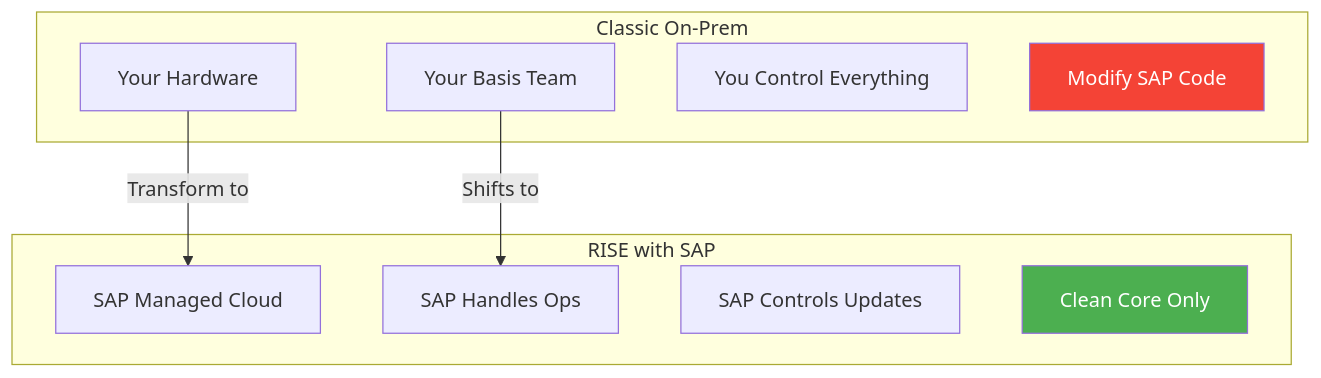
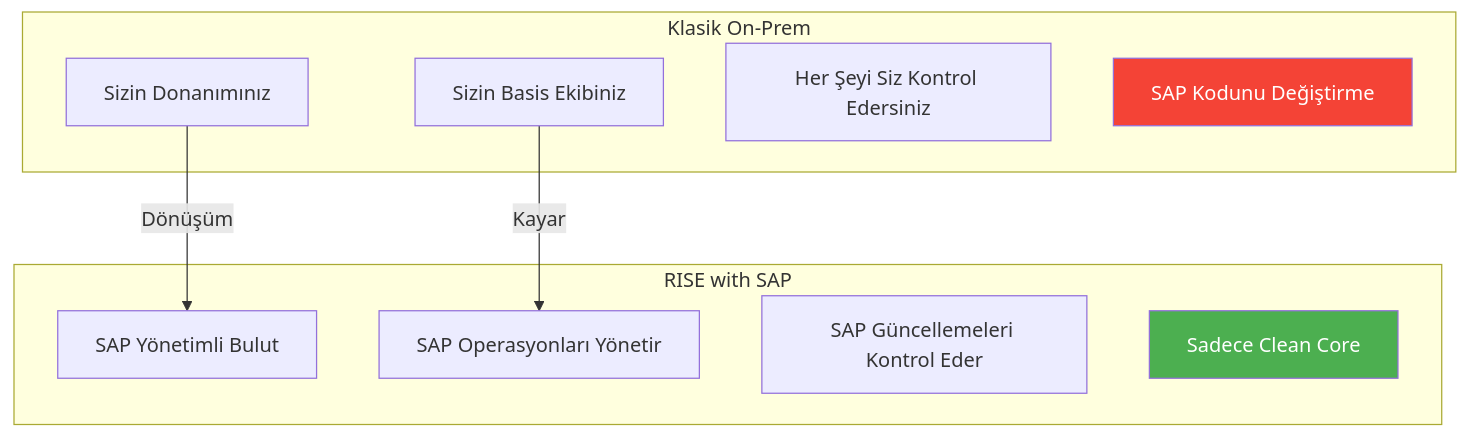
One commit to beyhanmeyrali/sap-all changed the fourth of 5 diagrams in Technical Tutorials/BTP/TR/chapters/appendix-a-reference-tables.md. Above: the diagram before and after it, drawn with Mermaid. The commit also changed other lines of this file and 11 other files, not shown here.

````diff
--- a/Technical Tutorials/BTP/TR/chapters/appendix-a-reference-tables.md
+++ b/Technical Tutorials/BTP/TR/chapters/appendix-a-reference-tables.md
@@ -153,22 +153,22 @@
 ```mermaid
 graph TD
-    subgraph "Classic On-Prem"
-        C1[Your Hardware]
-        C2[Your Basis Team]
-        C3[You Control Everything]
-        C4[Modify SAP Code]
+    subgraph "Klasik On-Prem"
+        C1[Sizin Donanımınız]
+        C2[Sizin Basis Ekibiniz]
+        C3[Her Şeyi Siz Kontrol Edersiniz]
+        C4[SAP Kodunu Değiştirme]
     end
 
     subgraph "RISE with SAP"
-        R1[SAP Managed Cloud]
-        R2[SAP Handles Ops]
-        R3[SAP Controls Updates]
-        R4[Clean Core Only]
+        R1[SAP Yönetimli Bulut]
+        R2[SAP Operasyonları Yönetir]
+        R3[SAP Güncellemeleri Kontrol Eder]
+        R4[Sadece Clean Core]
     end
 
-    C1 --> |"Transform to"| R1
-    C2 --> |"Shifts to"| R2
+    C1 --> |"Dönüşüm"| R1
+    C2 --> |"Kayar"| R2
 
     style C4 fill:#f44336,color:white
     style R4 fill:#4CAF50,color:white
 ```
````
